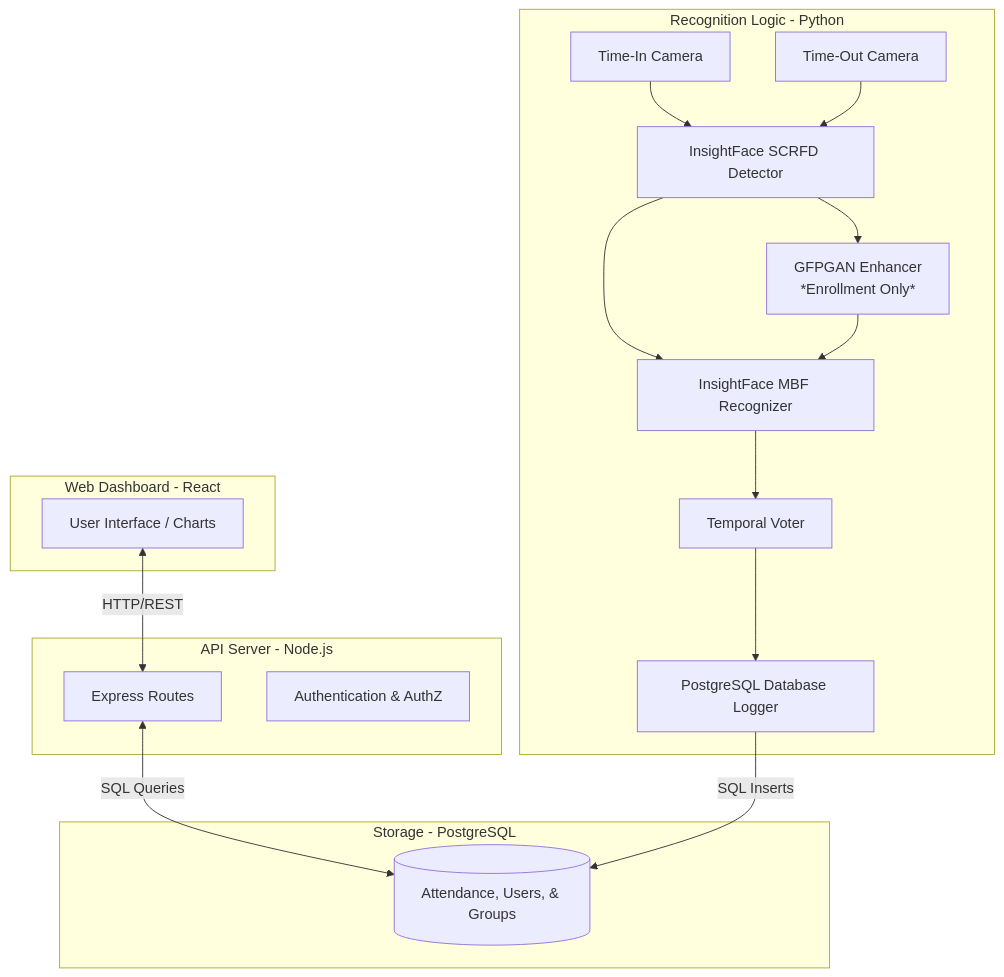
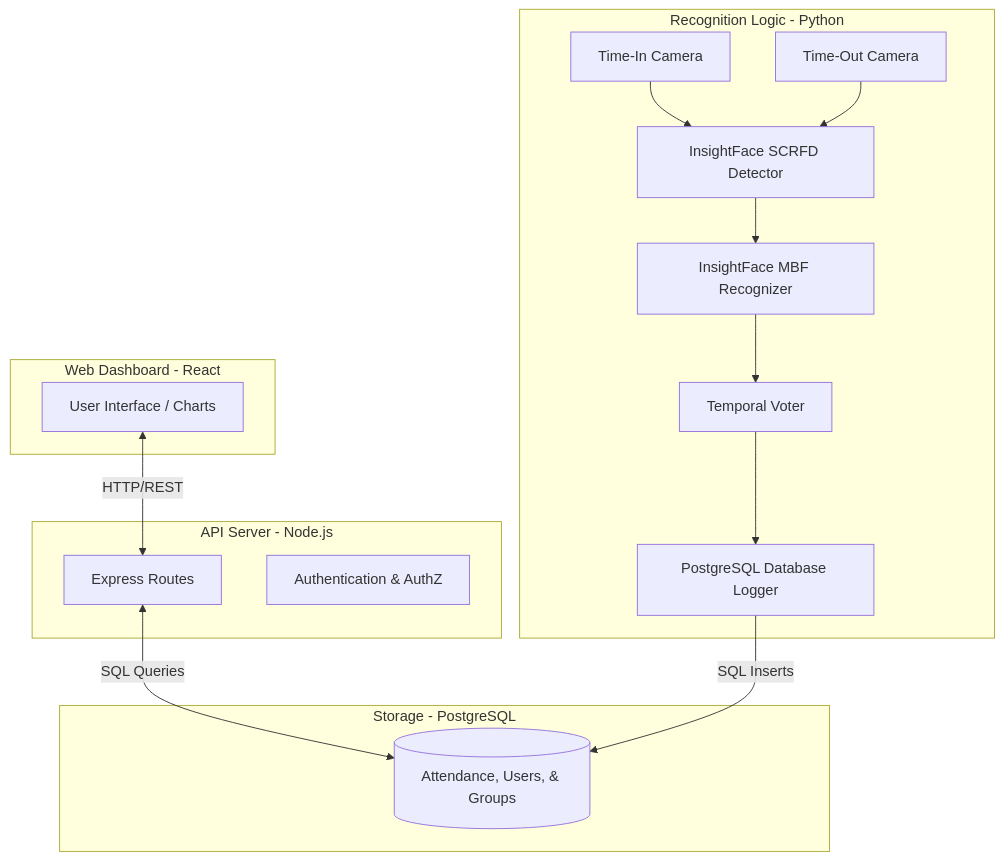
One commit to whayneGrageda/Facial_Recognition_Capstone changed the first of 2 diagrams in README.md. Above: the diagram before and after it, drawn with Mermaid. The commit also changed other lines of this file, not shown here.

````diff
--- a/README.md
+++ b/README.md
@@ -49,29 +50,27 @@
 ```mermaid
 flowchart TD
     subgraph Frontend [Web Dashboard - React]
         UI[User Interface / Charts]
     end
     
     subgraph Backend [API Server - Node.js]
         API[Express Routes]
         Auth[Authentication & AuthZ]
     end
     
     subgraph AI_Engine [Recognition Logic - Python]
         Cam1[Time-In Camera] --> Det[InsightFace SCRFD Detector]
         Cam2[Time-Out Camera] --> Det
-        Det --> Enh[GFPGAN Enhancer<br/>*Enrollment Only*]
         Det --> Rec[InsightFace MBF Recognizer]
-        Enh --> Rec
         Rec --> Vote[Temporal Voter]
         Vote --> Logger[PostgreSQL Database Logger]
     end
     
     subgraph Database [Storage - PostgreSQL]
         DB[(Attendance, Users, & Groups)]
     end
     
     UI <-->|HTTP/REST| API
     API <-->|SQL Queries| DB
     Logger -->|SQL Inserts| DB
 ```
````
